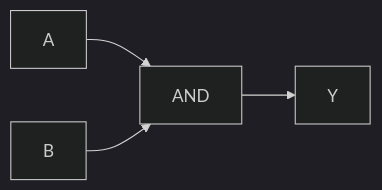
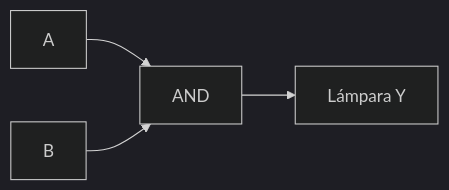
The second of 5 diagrams in semana-2/README.md (roblezsdier02-alt/cuaderno-sintesis-unidad1), drawn with Mermaid (dark theme) before and after one commit. The commit also changed other lines of this file, not shown here.

````diff
--- a/semana-2/README.md
+++ b/semana-2/README.md
@@ -654,6 +1422,8 @@
 ```mermaid
 flowchart LR
+
     A["A"] --> G["AND"]
     B["B"] --> G
-    G --> Y["Y"]
+
+    G --> Y["Lámpara Y"]
 ```
````
